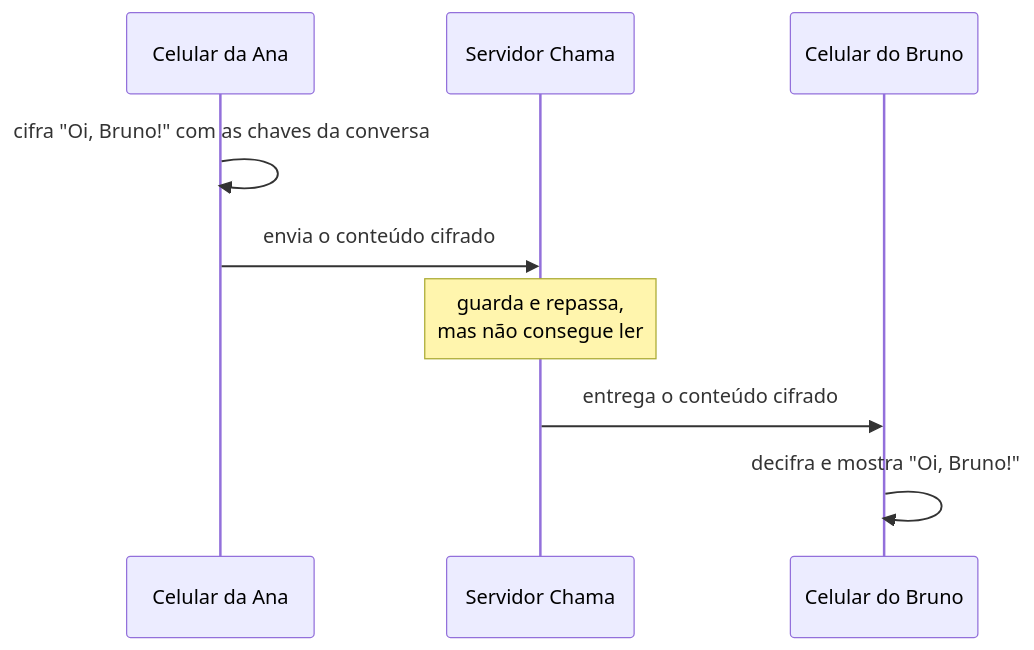
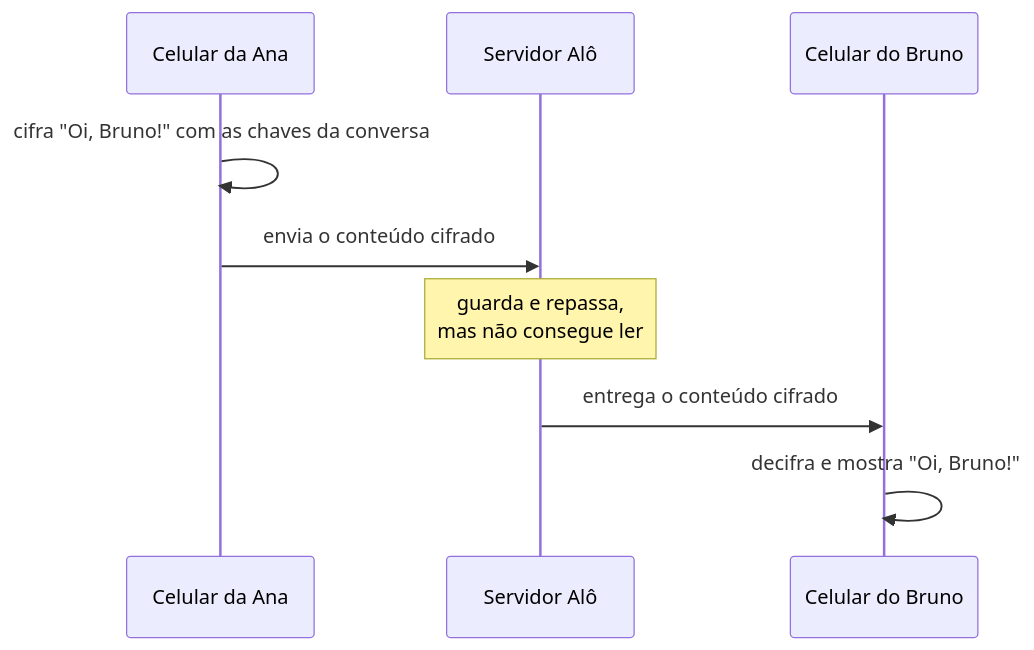
One commit to kaiomp/alo changed the diagram in docs/perguntas-frequentes.md. Above: the diagram before and after it, drawn with Mermaid. The commit also changed other lines of this file and 153 other files, not shown here.

````diff
--- a/docs/perguntas-frequentes.md
+++ b/docs/perguntas-frequentes.md
@@ -97,11 +97,11 @@
 ```mermaid
 sequenceDiagram
   participant A as Celular da Ana
-  participant S as Servidor Chama
+  participant S as Servidor Alô
   participant B as Celular do Bruno
   A->>A: cifra "Oi, Bruno!" com as chaves da conversa
   A->>S: envia o conteúdo cifrado
   Note over S: guarda e repassa,<br/>mas não consegue ler
   S->>B: entrega o conteúdo cifrado
   B->>B: decifra e mostra "Oi, Bruno!"
 ```
````
